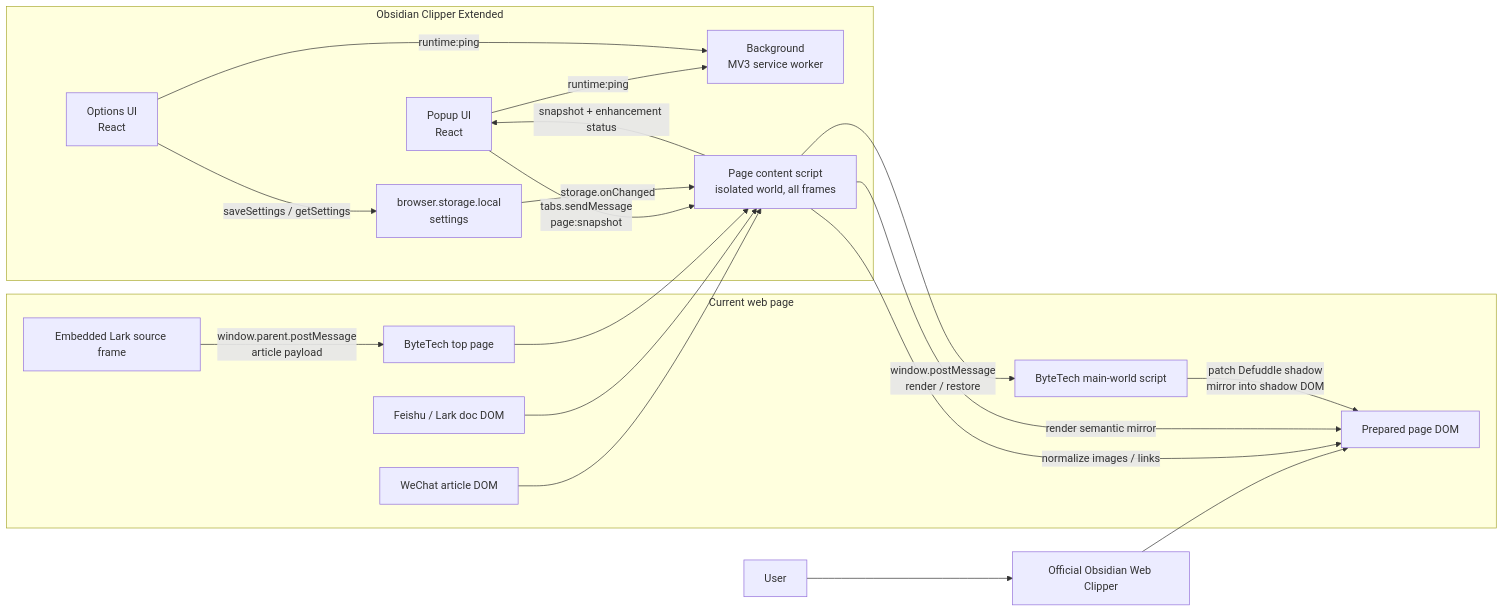
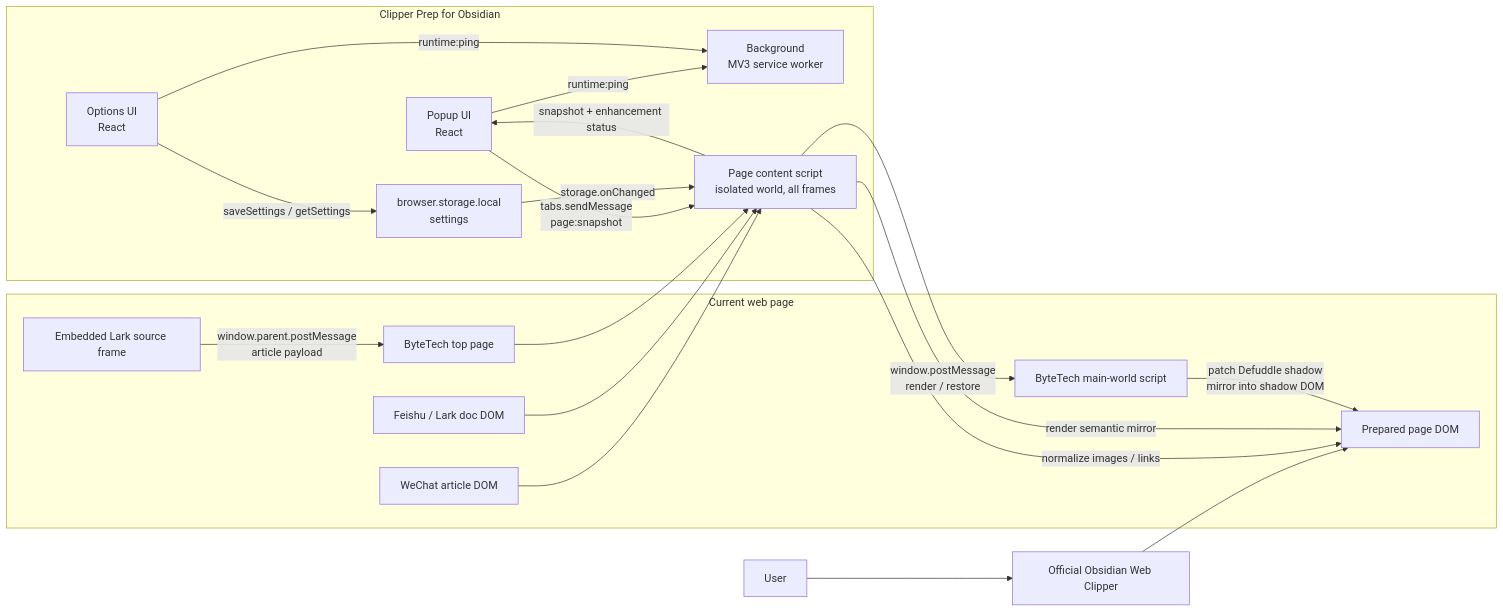
The diagram in README.en.md (merrier/clipper-prep-for-obsidian), drawn with Mermaid before and after one commit. The commit also changed other lines of this file and 27 other files, not shown here.

````diff
--- a/README.en.md
+++ b/README.en.md
@@ -32,28 +32,28 @@
 ```mermaid
 flowchart LR
   User["User"] --> OfficialClipper["Official Obsidian Web Clipper"]
   OfficialClipper --> PreparedDOM["Prepared page DOM"]
 
-  subgraph Extension["Obsidian Clipper Extended"]
+  subgraph Extension["Clipper Prep for Obsidian"]
     Popup["Popup UI<br/>React"] -->|"runtime:ping"| Background["Background<br/>MV3 service worker"]
     Popup -->|"tabs.sendMessage<br/>page:snapshot"| PageContent["Page content script<br/>isolated world, all frames"]
     Options["Options UI<br/>React"] -->|"runtime:ping"| Background
     Options -->|"saveSettings / getSettings"| Storage["browser.storage.local<br/>settings"]
     Storage -->|"storage.onChanged"| PageContent
   end
 
   subgraph Page["Current web page"]
     PageContent -->|"normalize images / links"| PreparedDOM
     PageContent -->|"render semantic mirror"| PreparedDOM
 
     WeChat["WeChat article DOM"] --> PageContent
     Feishu["Feishu / Lark doc DOM"] --> PageContent
 
     ByteTechTop["ByteTech top page"] --> PageContent
     LarkFrame["Embedded Lark source frame"] -->|"window.parent.postMessage<br/>article payload"| ByteTechTop
     PageContent -->|"window.postMessage<br/>render / restore"| MainWorld["ByteTech main-world script"]
     MainWorld -->|"patch Defuddle shadow<br/>mirror into shadow DOM"| PreparedDOM
   end
 
   PageContent -->|"snapshot + enhancement status"| Popup
 ```
````
